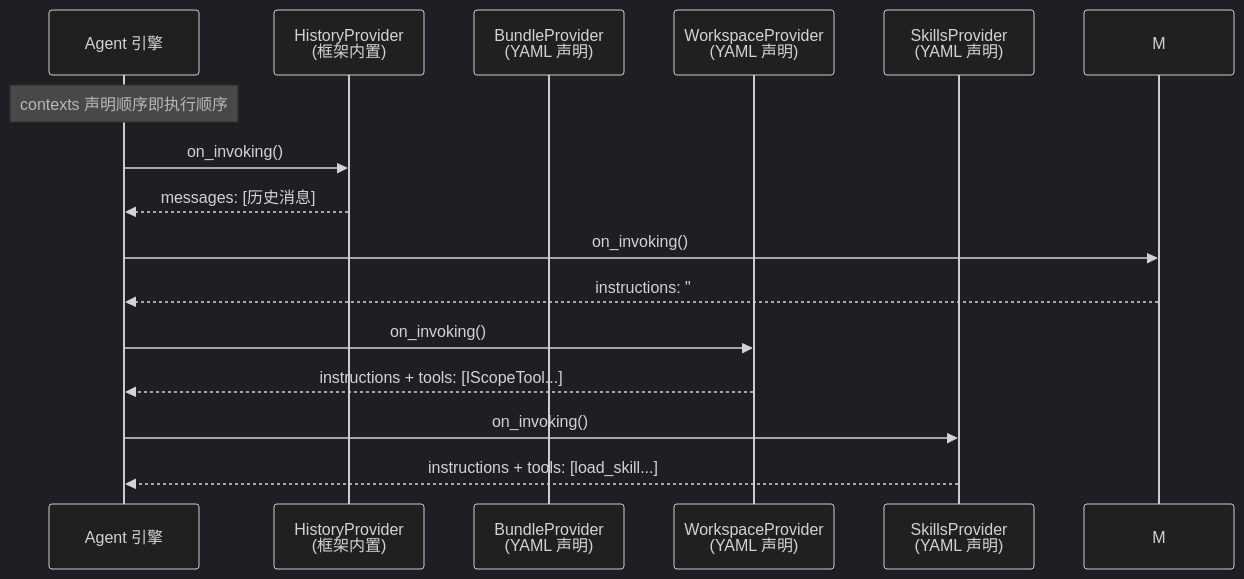
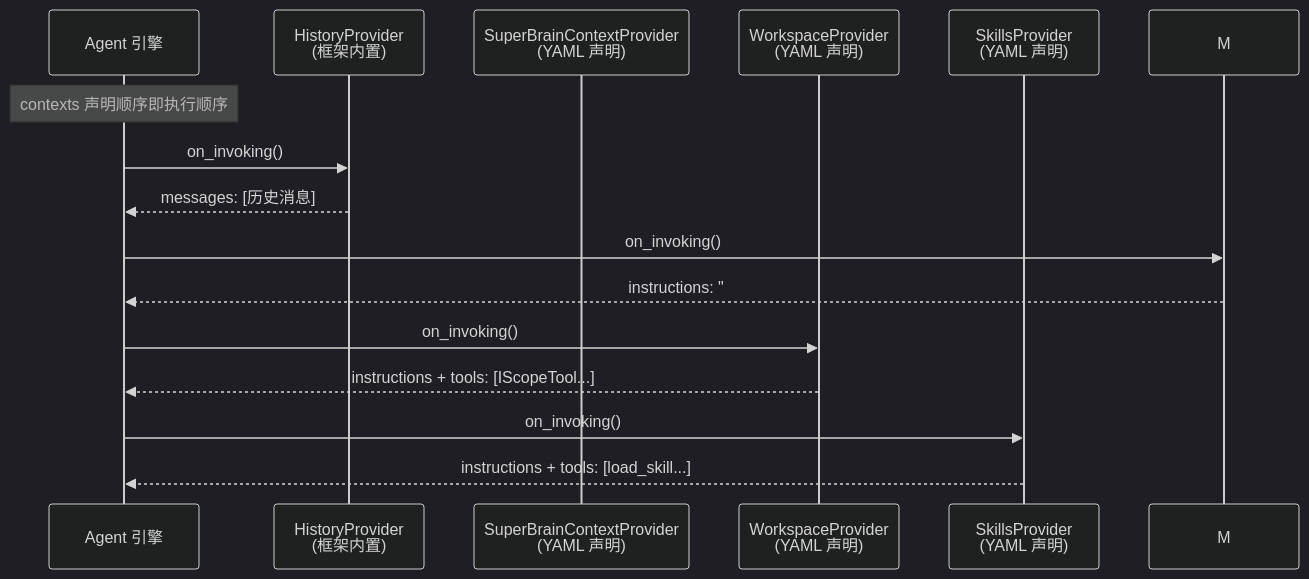
Before and after one commit to Rust-Framework/rust-agent-framework: the second of 2 diagrams in docs/10-macros-declarative/integration-patterns.md, drawn with Mermaid (dark theme). The commit also changed other lines of this file and 67 other files, not shown here.

First line of the commit message:
feat: rename LM to Llama and update context provider configurations

````diff
--- a/docs/10-macros-declarative/integration-patterns.md
+++ b/docs/10-macros-declarative/integration-patterns.md
@@ -226,18 +230,18 @@
 ```mermaid
 sequenceDiagram
     participant Engine as Agent 引擎
     participant H as HistoryProvider<br/>(框架内置)
-    participant B as BundleProvider<br/>(YAML 声明)
+    participant B as SuperBrainContextProvider<br/>(YAML 声明)
     participant W as WorkspaceProvider<br/>(YAML 声明)
     participant S as SkillsProvider<br/>(YAML 声明)
 
     Note over Engine: contexts 声明顺序即执行顺序
     Engine->>H: on_invoking()
     H-->>Engine: messages: [历史消息]
     Engine->>M: on_invoking()
     M-->>Engine: instructions: "## 记忆摘要..."
     Engine->>W: on_invoking()
     W-->>Engine: instructions + tools: [IScopeTool...]
     Engine->>S: on_invoking()
     S-->>Engine: instructions + tools: [load_skill...]
 ```
````
